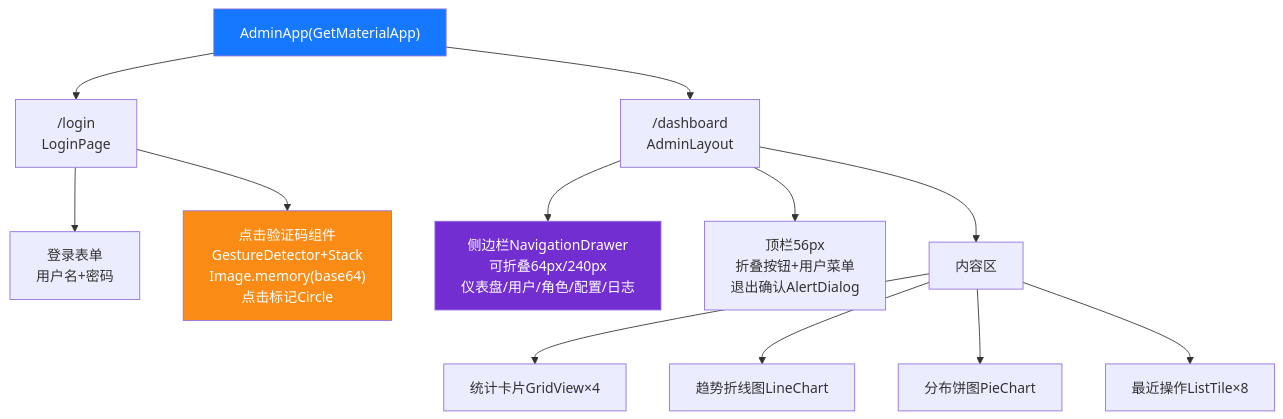
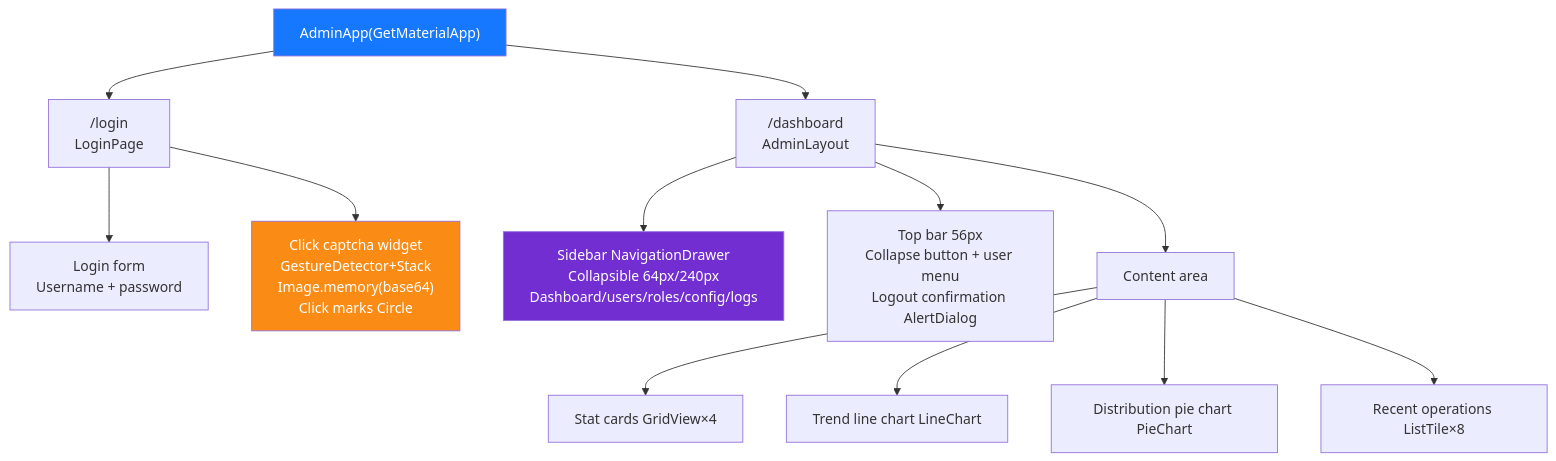
Before and after one commit to erikwang2013/game-platform-php: the first of 2 diagrams in admin/docs/diagrams/10-frontend-components.en.md, drawn with Mermaid. The commit also changed other lines of this file and 211 other files, not shown here.

First line of the commit message:
fix: 支付配置读回类型根治、提现事件对账巡检，12 语族 mermaid 与 API 标签本地化

````diff
--- a/admin/docs/diagrams/10-frontend-components.en.md
+++ b/admin/docs/diagrams/10-frontend-components.en.md
@@ -9,23 +9,23 @@
 ```mermaid
 flowchart TD
     app["AdminApp(GetMaterialApp)"]
 
     app --> login["/login<br/>LoginPage"]
     app --> dashboard["/dashboard<br/>AdminLayout"]
 
-    login --> form["登录表单<br/>用户名+密码"]
-    login --> captcha["点击验证码组件<br/>GestureDetector+Stack<br/>Image.memory(base64)<br/>点击标记Circle"]
+    login --> form["Login form<br/>Username + password"]
+    login --> captcha["Click captcha widget<br/>GestureDetector+Stack<br/>Image.memory(base64)<br/>Click marks Circle"]
 
-    dashboard --> sidebar["侧边栏NavigationDrawer<br/>可折叠64px/240px<br/>仪表盘/用户/角色/配置/日志"]
-    dashboard --> header["顶栏56px<br/>折叠按钮+用户菜单<br/>退出确认AlertDialog"]
-    dashboard --> content["内容区"]
+    dashboard --> sidebar["Sidebar NavigationDrawer<br/>Collapsible 64px/240px<br/>Dashboard/users/roles/config/logs"]
+    dashboard --> header["Top bar 56px<br/>Collapse button + user menu<br/>Logout confirmation AlertDialog"]
+    dashboard --> content["Content area"]
 
-    content --> stats["统计卡片GridView×4"]
-    content --> chart["趋势折线图LineChart"]
-    content --> pie["分布饼图PieChart"]
-    content --> logs["最近操作ListTile×8"]
+    content --> stats["Stat cards GridView×4"]
+    content --> chart["Trend line chart LineChart"]
+    content --> pie["Distribution pie chart PieChart"]
+    content --> logs["Recent operations ListTile×8"]
 
     style app fill:#1677FF,color:#fff
     style captcha fill:#FA8C16,color:#fff
     style sidebar fill:#722ED1,color:#fff
 ```
````
